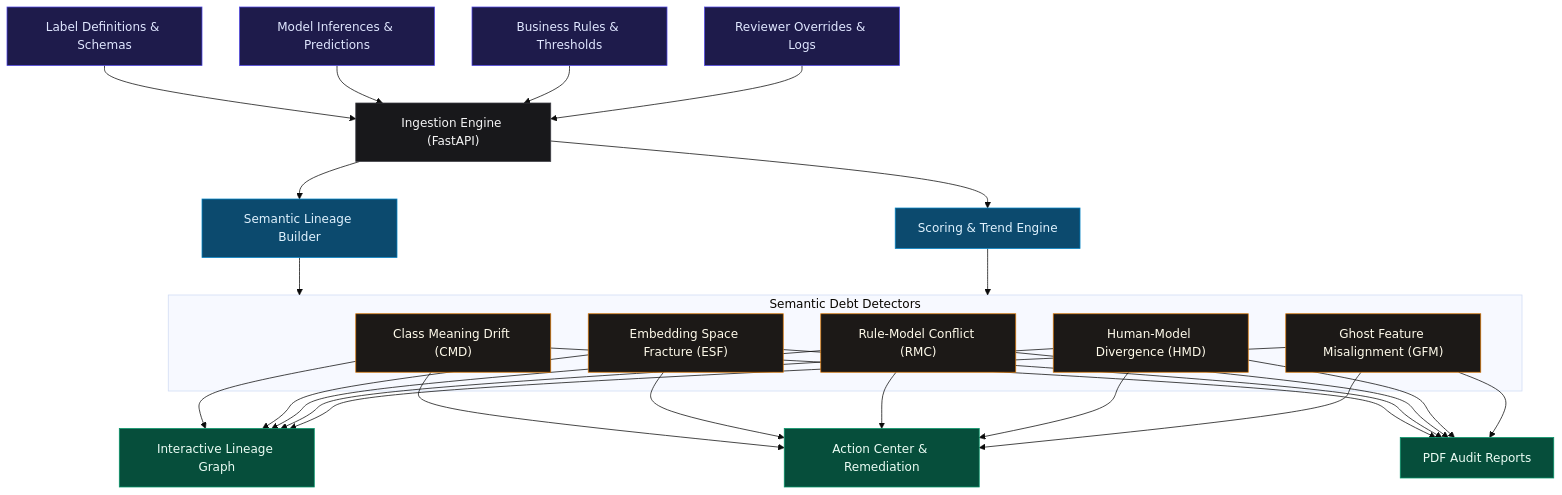
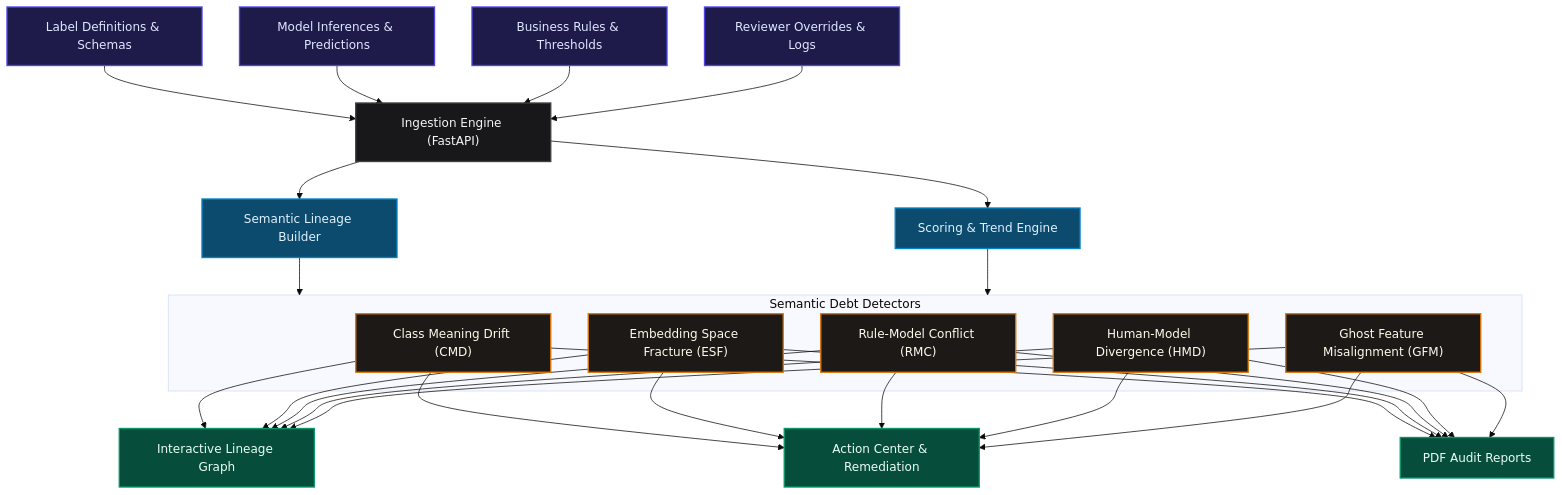
The diagram in README.md (NitheshK4/Semantic-DebtMapper), drawn with Mermaid (base theme) before and after one commit. The commit also changed other lines of this file and 3 other files, not shown here.

````diff
--- a/README.md
+++ b/README.md
@@ -23,38 +27,38 @@
 ```mermaid
 graph TD
     %% Styling
-    classDef source fill:#1e1b4b,stroke:#4f46e5,stroke-width:1px,color:#e0e7ff;
-    classDef ingest fill:#18181b,stroke:#3f3f46,stroke-width:1px,color:#f4f4f5;
-    classDef engine fill:#0c4a6e,stroke:#0284c7,stroke-width:1px,color:#e0f2fe;
-    classDef detector fill:#1c1917,stroke:#d97706,stroke-width:1px,color:#fffbeb;
-    classDef output fill:#064e3b,stroke:#059669,stroke-width:1px,color:#ecfdf5;
+    classDef source fill:#1e1b4b,stroke:#4f46e5,stroke-width:1.8px,color:#e0e7ff;
+    classDef ingest fill:#18181b,stroke:#3f3f46,stroke-width:1.8px,color:#f4f4f5;
+    classDef engine fill:#0c4a6e,stroke:#0284c7,stroke-width:1.8px,color:#e0f2fe;
+    classDef detector fill:#1c1917,stroke:#d97706,stroke-width:1.8px,color:#fffbeb;
+    classDef output fill:#064e3b,stroke:#059669,stroke-width:1.8px,color:#ecfdf5;
 
     %% Nodes
     A1["Label Definitions & Schemas"]:::source
     A2["Model Inferences & Predictions"]:::source
     A3["Business Rules & Thresholds"]:::source
     A4["Reviewer Overrides & Logs"]:::source
 
     B["Ingestion Engine (FastAPI)"]:::ingest
     
     C1["Semantic Lineage Builder"]:::engine
     C2["Scoring & Trend Engine"]:::engine
 
     subgraph Detectors ["Semantic Debt Detectors"]
         D1["Class Meaning Drift (CMD)"]:::detector
         D2["Embedding Space Fracture (ESF)"]:::detector
         D3["Rule-Model Conflict (RMC)"]:::detector
         D4["Human-Model Divergence (HMD)"]:::detector
         D5["Ghost Feature Misalignment (GFM)"]:::detector
     end
 
     E1["Interactive Lineage Graph"]:::output
     E2["Action Center & Remediation"]:::output
     E3["PDF Audit Reports"]:::output
 
     %% Connections
     A1 & A2 & A3 & A4 --> B
     B --> C1 & C2
     C1 & C2 --> Detectors
     D1 & D2 & D3 & D4 & D5 --> E1 & E2 & E3
 ```
````
